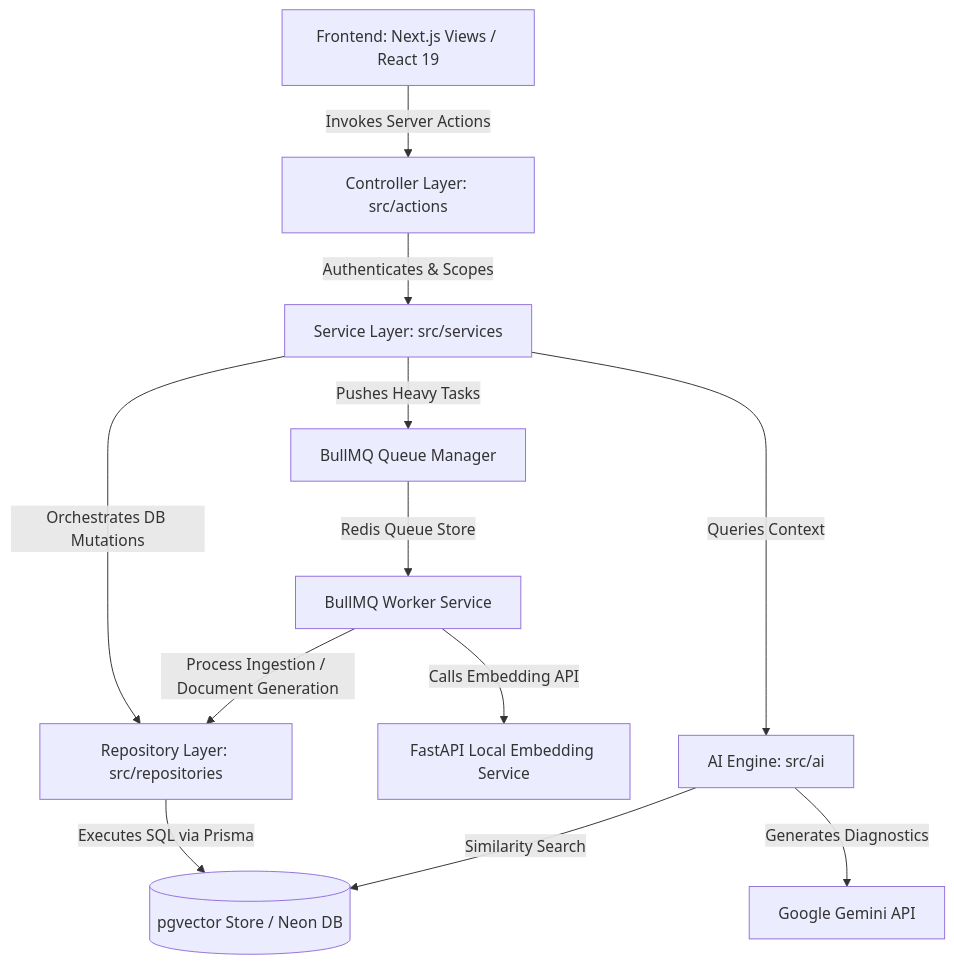
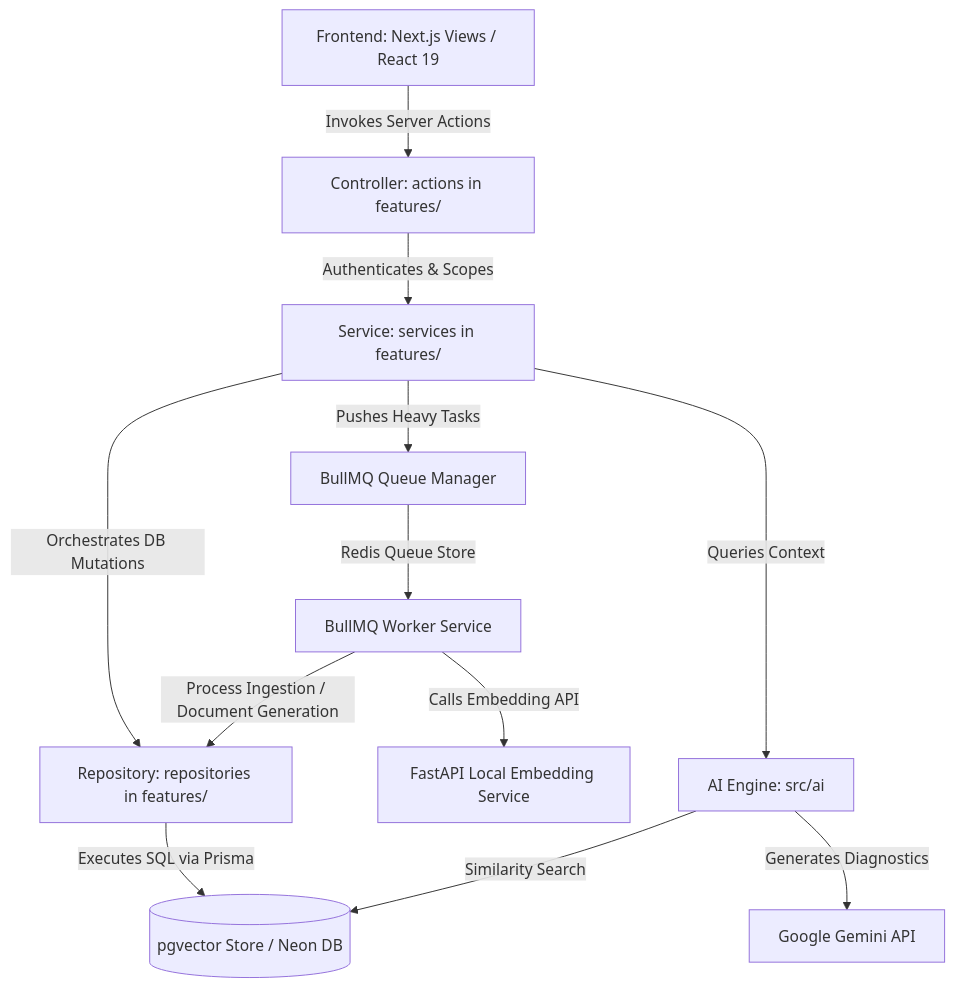
One commit to pratika719/Crimegpt changed the diagram in README.md. Above: the diagram before and after it, drawn with Mermaid. The commit also changed other lines of this file and 189 other files, not shown here.

````diff
--- a/README.md
+++ b/README.md
@@ -20,14 +20,14 @@
 ```mermaid
 graph TD
-    A[Frontend: Next.js Views / React 19] -->|Invokes Server Actions| B[Controller Layer: src/actions]
-    B -->|Authenticates & Scopes| C[Service Layer: src/services]
-    C -->|Orchestrates DB Mutations| D[Repository Layer: src/repositories]
+    A[Frontend: Next.js Views / React 19] -->|Invokes Server Actions| B[Controller: actions in features/<domain>]
+    B -->|Authenticates & Scopes| C[Service: services in features/<domain>]
+    C -->|Orchestrates DB Mutations| D[Repository: repositories in features/<domain>]
     C -->|Pushes Heavy Tasks| E[BullMQ Queue Manager]
     E -->|Redis Queue Store| F[BullMQ Worker Service]
     C -->|Queries Context| G[AI Engine: src/ai]
     G -->|Similarity Search| H[(pgvector Store / Neon DB)]
     G -->|Generates Diagnostics| I[Google Gemini API]
     F -->|Process Ingestion / Document Generation| D
     F -->|Calls Embedding API| J[FastAPI Local Embedding Service]
     D -->|Executes SQL via Prisma| H
 ```
````
